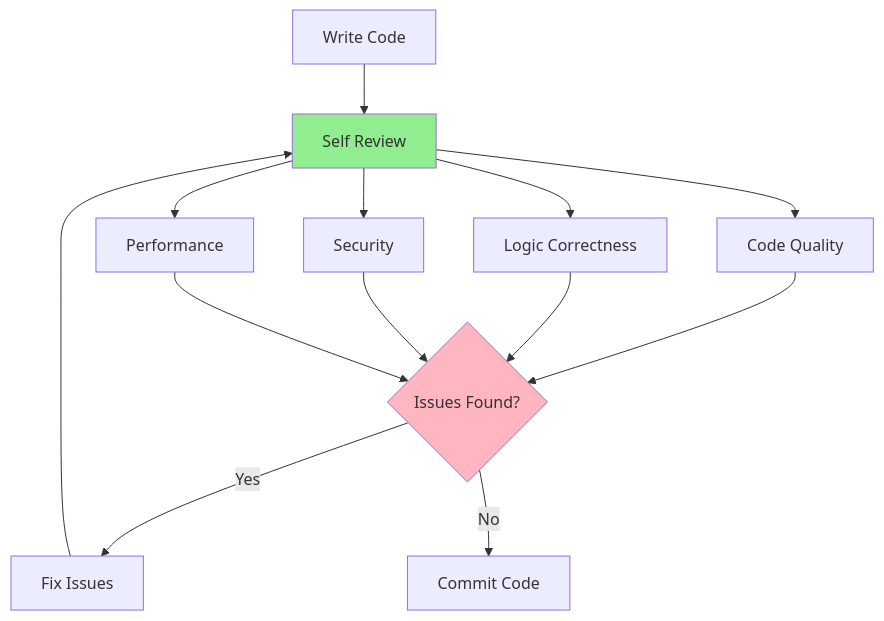
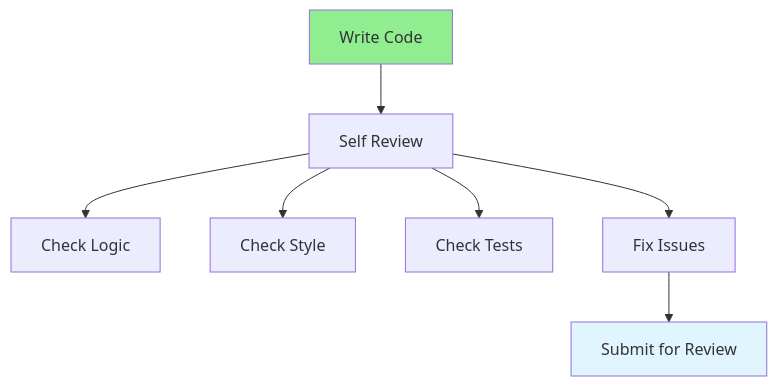
One commit to iouthnamain/tech-note changed the diagram in Full-Stack-Guides/Group-08-Code-Review/08.01_Self_Code_Review.md. Above: the diagram before and after it, drawn with Mermaid. The commit also changed other lines of this file and 480 other files, not shown here.

````diff
--- a/Full-Stack-Guides/Group-08-Code-Review/08.01_Self_Code_Review.md
+++ b/Full-Stack-Guides/Group-08-Code-Review/08.01_Self_Code_Review.md
@@ -22,20 +22,12 @@
 ```mermaid
 flowchart TD
     Code[Write Code] --> Review[Self Review]
-    Review --> Quality[Code Quality]
-    Review --> Logic[Logic Correctness]
-    Review --> Security[Security]
-    Review --> Performance[Performance]
+    Review --> Logic[Check Logic]
+    Review --> Style[Check Style]
+    Review --> Tests[Check Tests]
+    Review --> Fix[Fix Issues]
+    Fix --> Submit[Submit for Review]
     
-    Quality --> Issues{Issues Found?}
-    Logic --> Issues
-    Security --> Issues
-    Performance --> Issues
-    
-    Issues -->|Yes| Fix[Fix Issues]
-    Issues -->|No| Commit[Commit Code]
-    Fix --> Review
-    
-    style Review fill:#90EE90
-    style Issues fill:#FFB6C1
+    style Code fill:#90EE90
+    style Submit fill:#e1f5ff
 ```
````
